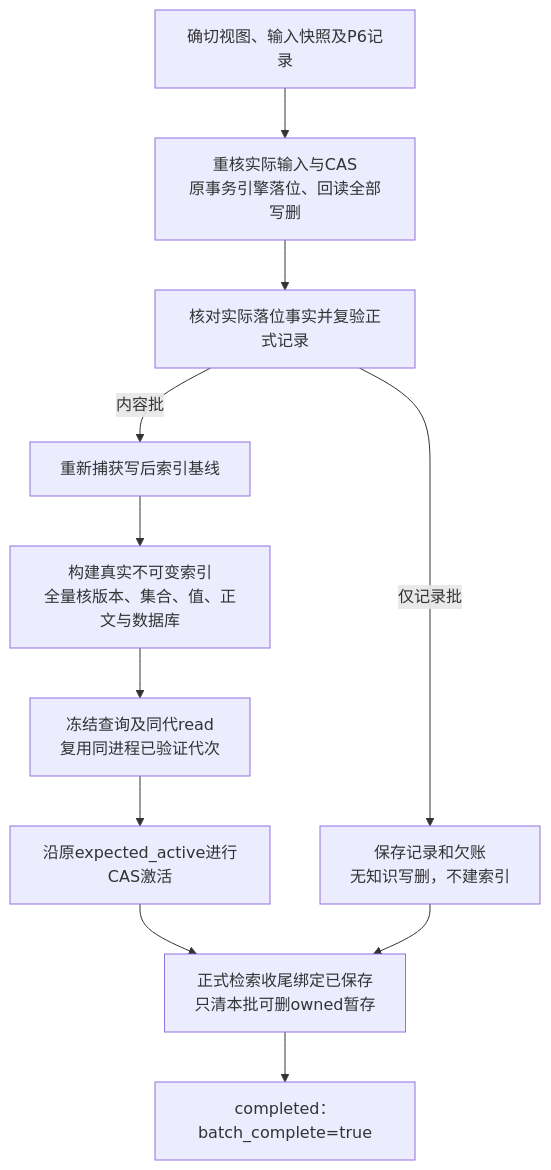
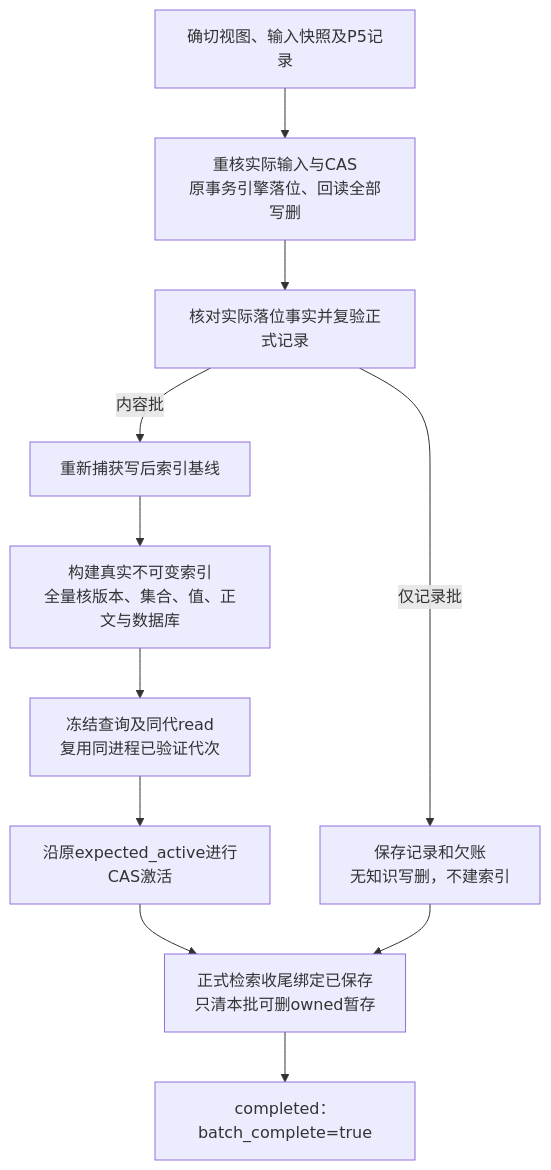
One commit to Robin-hhc/FactumCore changed diagram 18 of 27 in himate/himate-knowledge-wifi-mp/docs-llm-wiki/知识库详细设计.md. Above: the diagram before and after it, drawn with Mermaid. The commit also changed other lines of this file and 190 other files, not shown here.

````diff
--- a/himate/himate-knowledge-wifi-mp/docs-llm-wiki/知识库详细设计.md
+++ b/himate/himate-knowledge-wifi-mp/docs-llm-wiki/知识库详细设计.md
@@ -753,13 +759,13 @@
 ```mermaid
 flowchart TD
-    INPUT["确切视图、输入快照及P6记录"] --> SAFE["重核实际输入与CAS<br/>原事务引擎落位、回读全部写删"]
+    INPUT["确切视图、输入快照及P5记录"] --> SAFE["重核实际输入与CAS<br/>原事务引擎落位、回读全部写删"]
     SAFE --> RECORD["核对实际落位事实并复验正式记录"]
     RECORD -->|内容批| BASE["重新捕获写后索引基线"]
     BASE --> BUILD["构建真实不可变索引<br/>全量核版本、集合、值、正文与数据库"]
     BUILD --> QUERIES["冻结查询及同代read<br/>复用同进程已验证代次"]
     QUERIES --> CAS["沿原expected_active进行CAS激活"]
     CAS --> CLEAN["正式检索收尾绑定已保存<br/>只清本批可删owned暂存"]
     CLEAN --> DONE["completed：batch_complete=true"]
     RECORD -->|仅记录批| SAVED["保存记录和欠账<br/>无知识写删，不建索引"]
     SAVED --> CLEAN
 ```
````
